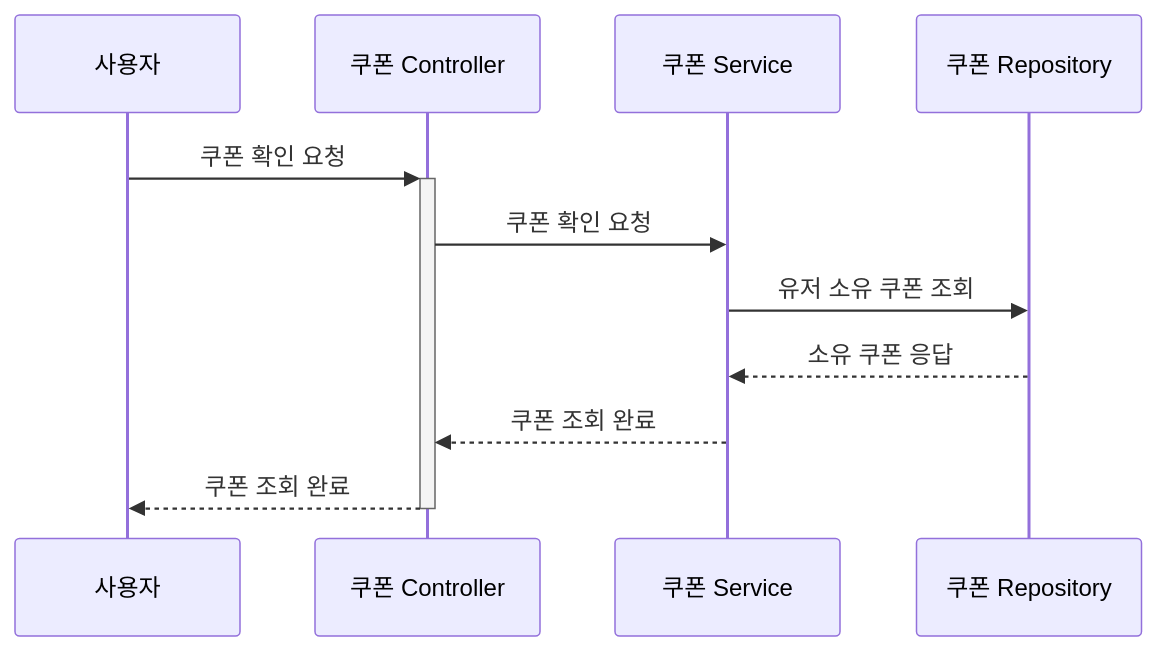
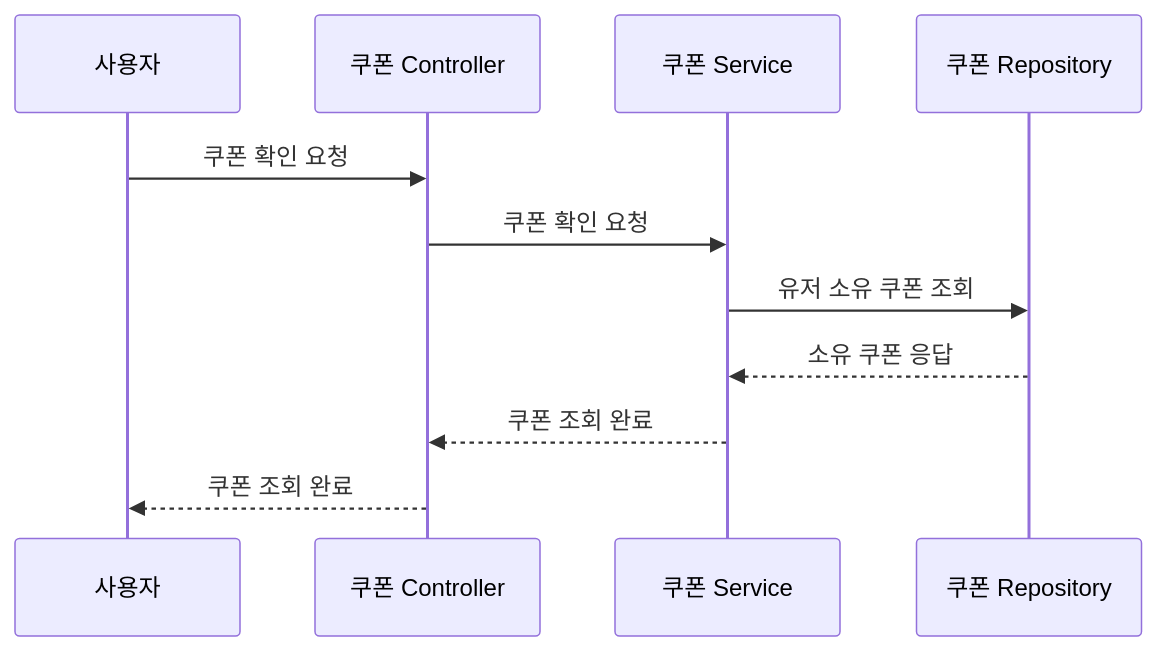
One commit to Hyuntae-91/ecommerce-practice changed the fifth of 11 diagrams in docs/시퀀스다이어그램.md. Above: the diagram before and after it, drawn with Mermaid. The commit also changed other lines of this file and 13 other files, not shown here.

Commit message:
docs: 불필요한 image 파일 삭제 및 erd 머메이드에서 다른 툴로 변경

````diff
--- a/docs/시퀀스다이어그램.md
+++ b/docs/시퀀스다이어그램.md
@@ -80,14 +79,14 @@
 ```mermaid
 sequenceDiagram
   participant 사용자 as 사용자
   participant Controller as 쿠폰 Controller
   participant P1 as 쿠폰 Service
   participant P2 as 쿠폰 Repository
 
-  사용자 ->>+ Controller: 쿠폰 확인 요청
+  사용자 ->> Controller: 쿠폰 확인 요청
   Controller ->> P1: 쿠폰 확인 요청
   P1 ->> P2: 유저 소유 쿠폰 조회
   P2 -->> P1: 소유 쿠폰 응답
   P1 -->> Controller: 쿠폰 조회 완료
-  Controller -->>- 사용자: 쿠폰 조회 완료
+  Controller -->> 사용자: 쿠폰 조회 완료
 ```
````
